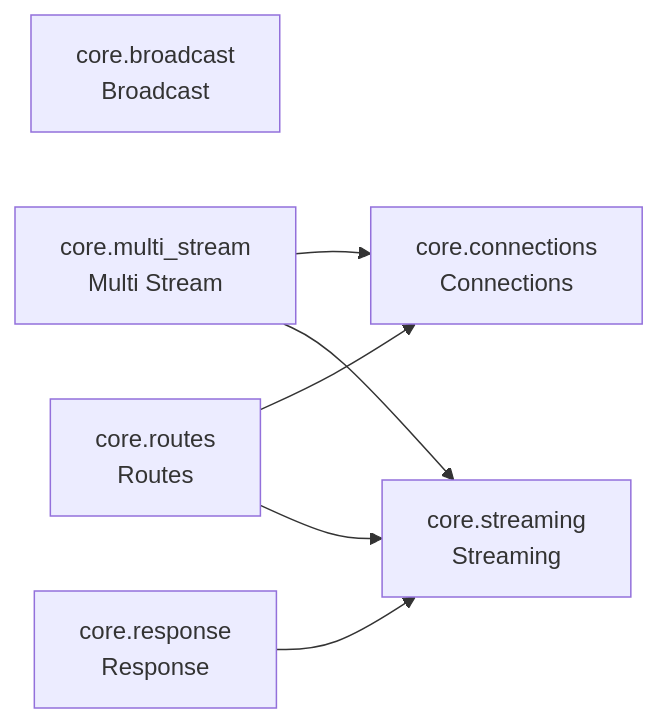
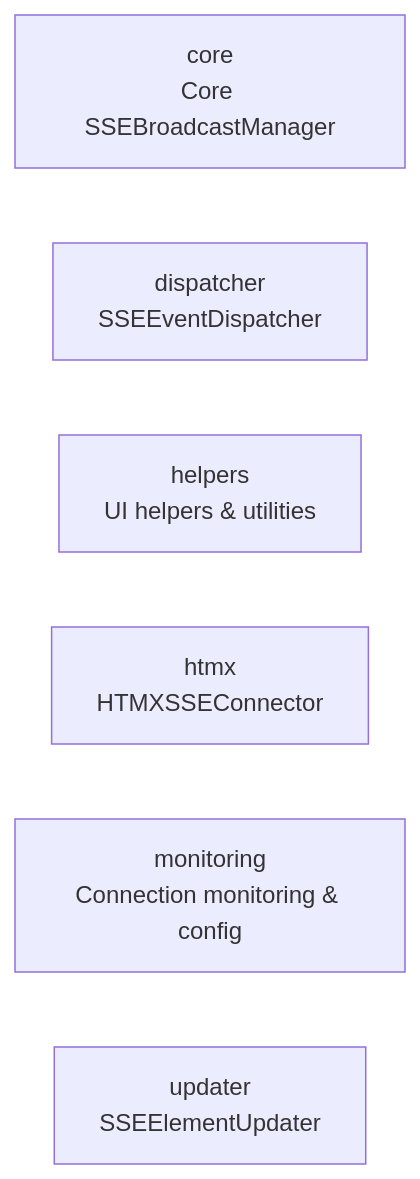
One commit to cj-mills/cjm-fasthtml-sse changed the diagram in README.md. Above: the diagram before and after it, drawn with Mermaid. The commit also changed other lines of this file and 27 other files, not shown here.

````diff
--- a/README.md
+++ b/README.md
@@ -27,15 +26,9 @@
 ``` mermaid
 graph LR
-    core_broadcast[core.broadcast<br/>Broadcast]
-    core_connections[core.connections<br/>Connections]
-    core_multi_stream[core.multi_stream<br/>Multi Stream]
-    core_response[core.response<br/>Response]
-    core_routes[core.routes<br/>Routes]
-    core_streaming[core.streaming<br/>Streaming]
-
-    core_multi_stream --> core_connections
-    core_multi_stream --> core_streaming
-    core_response --> core_streaming
-    core_routes --> core_connections
-    core_routes --> core_streaming
+    core[core<br/>Core SSEBroadcastManager]
+    dispatcher[dispatcher<br/>SSEEventDispatcher]
+    helpers[helpers<br/>UI helpers & utilities]
+    htmx[htmx<br/>HTMXSSEConnector]
+    monitoring[monitoring<br/>Connection monitoring & config]
+    updater[updater<br/>SSEElementUpdater]
 ```
````
